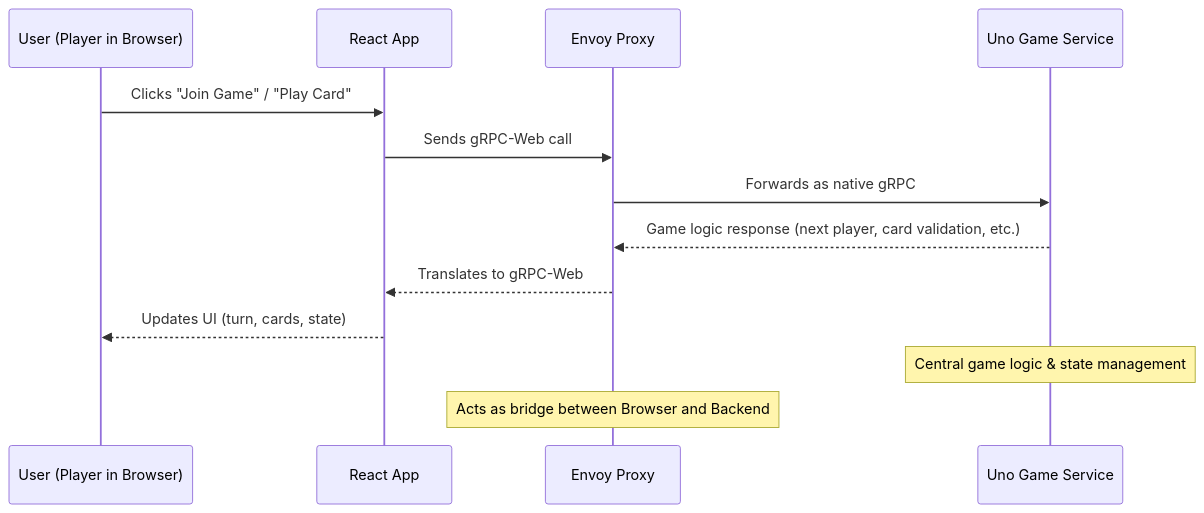
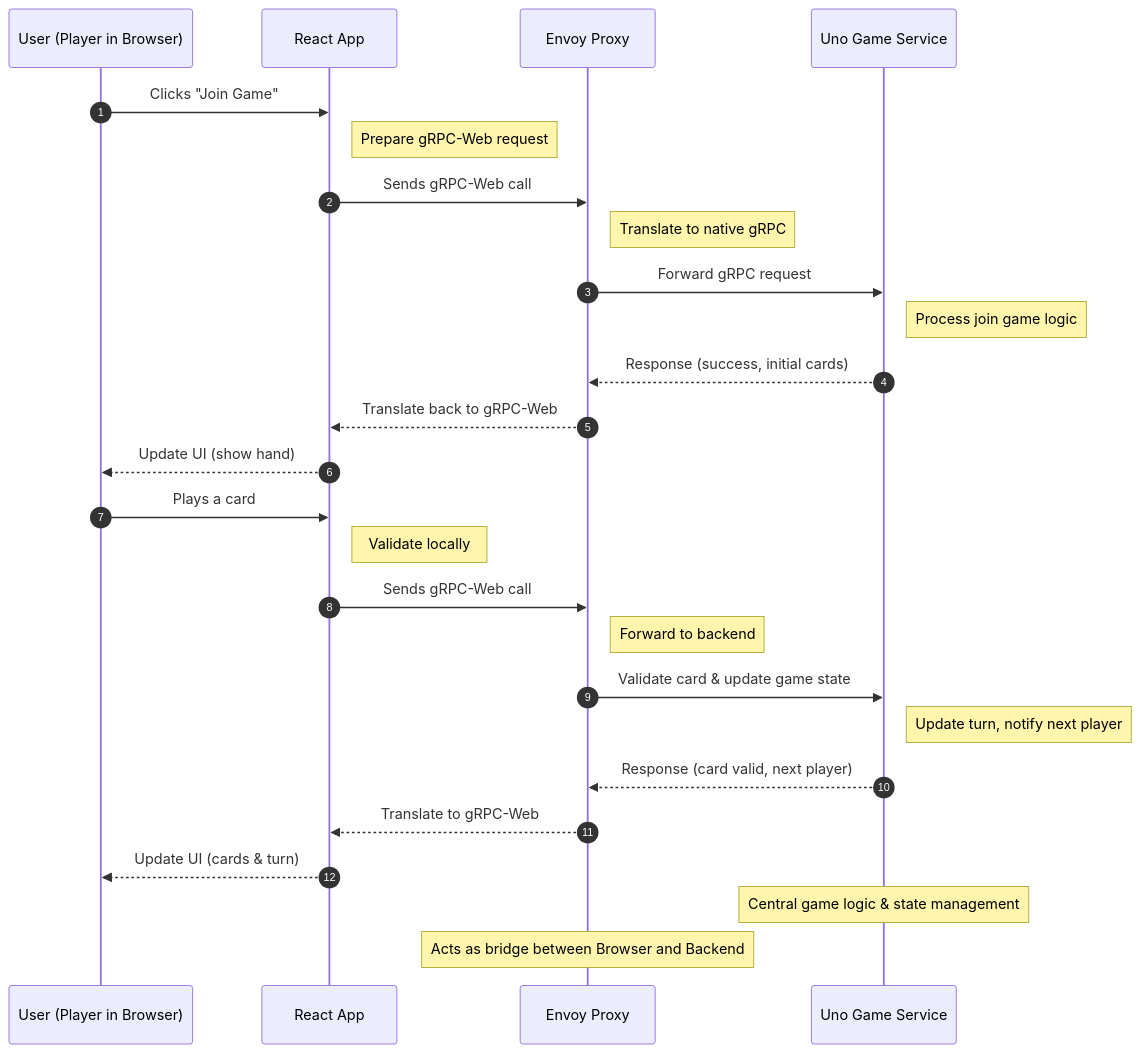
The second of 3 diagrams in README.md (YashzAlphaGeek/FluxRPC), drawn with Mermaid before and after one commit.

Commit message:
Update README.md
uno-backend sequence diagram update

````diff
--- a/README.md
+++ b/README.md
@@ -45,17 +45,35 @@
 ```mermaid
+%%{init: {"sequence": {"showSequenceNumbers": true, "actorMargin": 50, "messageMargin": 20}}}%%
 sequenceDiagram
+    autonumber
     participant Player as User (Player in Browser)
     participant Frontend as React App
     participant Envoy as Envoy Proxy
     participant Backend as Uno Game Service
 
-    Player->>Frontend: Clicks "Join Game" / "Play Card"
+    %% Step 1: Player joins game
+    Player->>Frontend: Clicks "Join Game"
+    Note right of Frontend: Prepare gRPC-Web request
     Frontend->>Envoy: Sends gRPC-Web call
-    Envoy->>Backend: Forwards as native gRPC
-    Backend-->>Envoy: Game logic response (next player, card validation, etc.)
-    Envoy-->>Frontend: Translates to gRPC-Web
-    Frontend-->>Player: Updates UI (turn, cards, state)
+    Note right of Envoy: Translate to native gRPC
+    Envoy->>Backend: Forward gRPC request
+    Note right of Backend: Process join game logic
+    Backend-->>Envoy: Response (success, initial cards)
+    Envoy-->>Frontend: Translate back to gRPC-Web
+    Frontend-->>Player: Update UI (show hand)
 
-    Note over Backend: Central game logic & state management  
+    %% Step 2: Player plays a card
+    Player->>Frontend: Plays a card
+    Note right of Frontend: Validate locally
+    Frontend->>Envoy: Sends gRPC-Web call
+    Note right of Envoy: Forward to backend
+    Envoy->>Backend: Validate card & update game state
+    Note right of Backend: Update turn, notify next player
+    Backend-->>Envoy: Response (card valid, next player)
+    Envoy-->>Frontend: Translate to gRPC-Web
+    Frontend-->>Player: Update UI (cards & turn)
+    
+    %% Notes for context
+    Note over Backend: Central game logic & state management
     Note over Envoy: Acts as bridge between Browser and Backend
 ```
````
